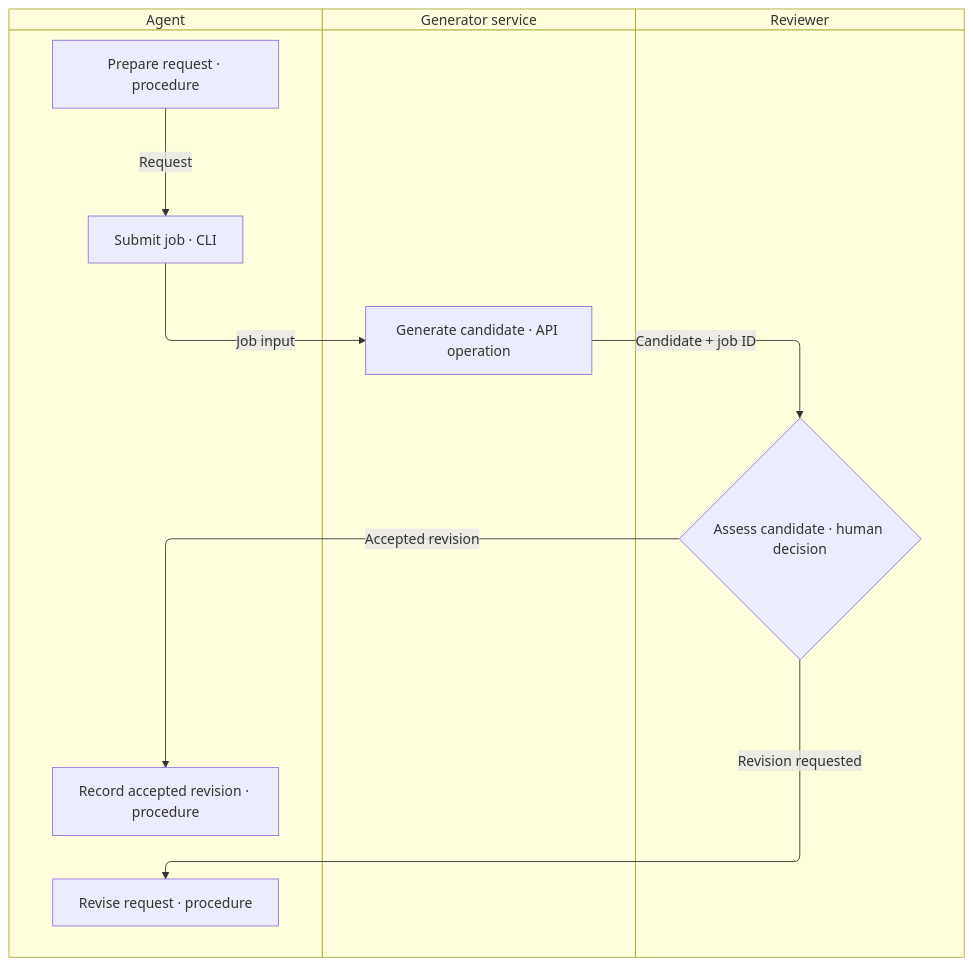
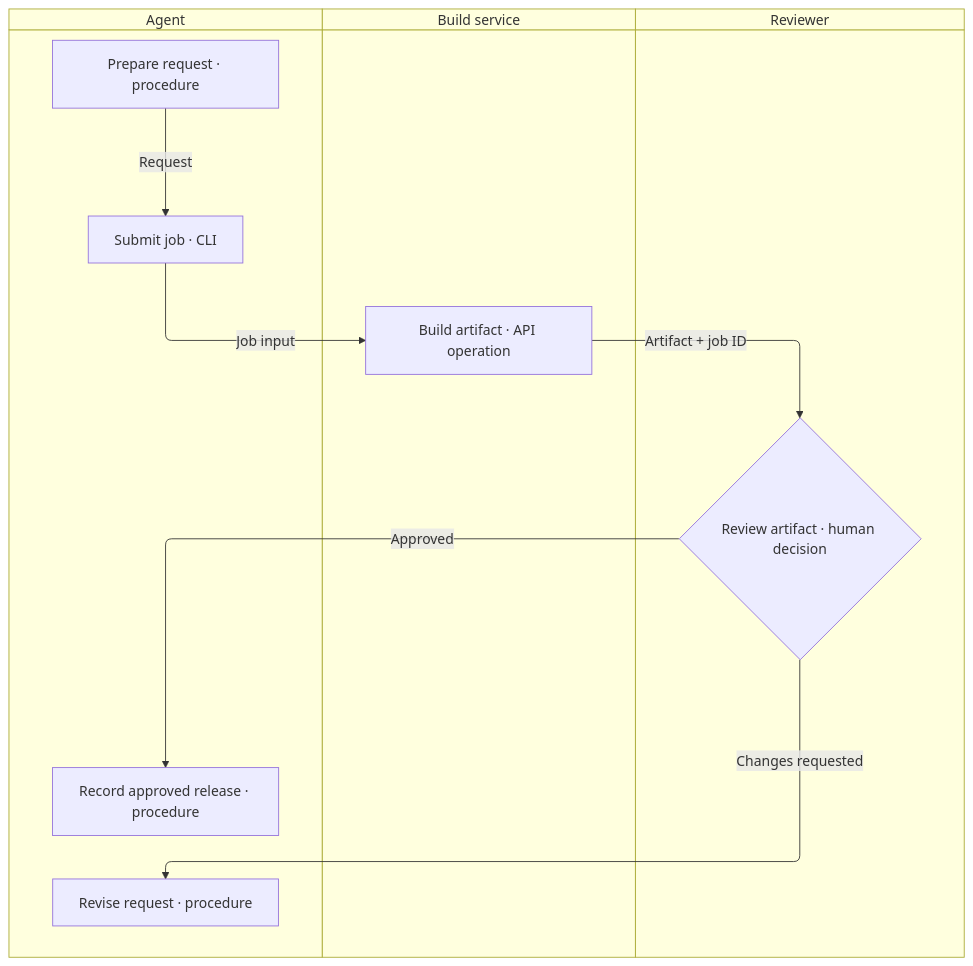
One commit to jonasferagen/agent-skills changed the first of 2 diagrams in skills/authoring/diagrams-and-tables/references/swimlane/design.md. Above: the diagram before and after it, drawn with Mermaid. The commit also changed other lines of this file and 95 other files, not shown here.

````diff
--- a/skills/authoring/diagrams-and-tables/references/swimlane/design.md
+++ b/skills/authoring/diagrams-and-tables/references/swimlane/design.md
@@ -43,20 +43,20 @@
 ```mermaid
 swimlane-beta TB
     subgraph agent["Agent"]
         prepare["Prepare request · procedure"]
         submit["Submit job · CLI"]
-        record["Record accepted revision · procedure"]
+        record["Record approved release · procedure"]
         revise["Revise request · procedure"]
     end
-    subgraph service["Generator service"]
-        generate["Generate candidate · API operation"]
+    subgraph service["Build service"]
+        generate["Build artifact · API operation"]
     end
     subgraph reviewer["Reviewer"]
-        review{"Assess candidate · human decision"}
+        review{"Review artifact · human decision"}
     end
     prepare -->|Request| submit
     submit -->|Job input| generate
-    generate -->|Candidate + job ID| review
-    review -->|Accepted revision| record
-    review -->|Revision requested| revise
+    generate -->|Artifact + job ID| review
+    review -->|Approved| record
+    review -->|Changes requested| revise
 ```
````
